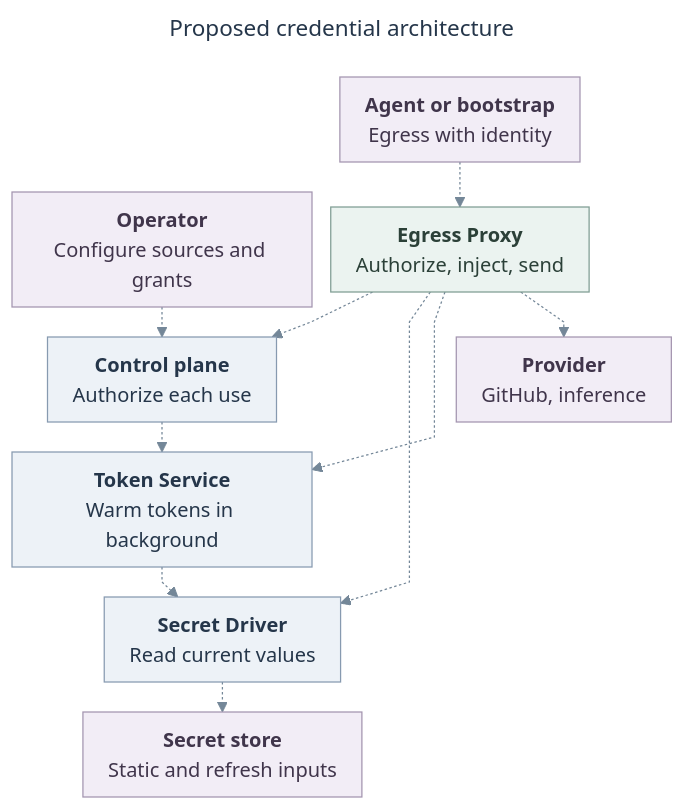
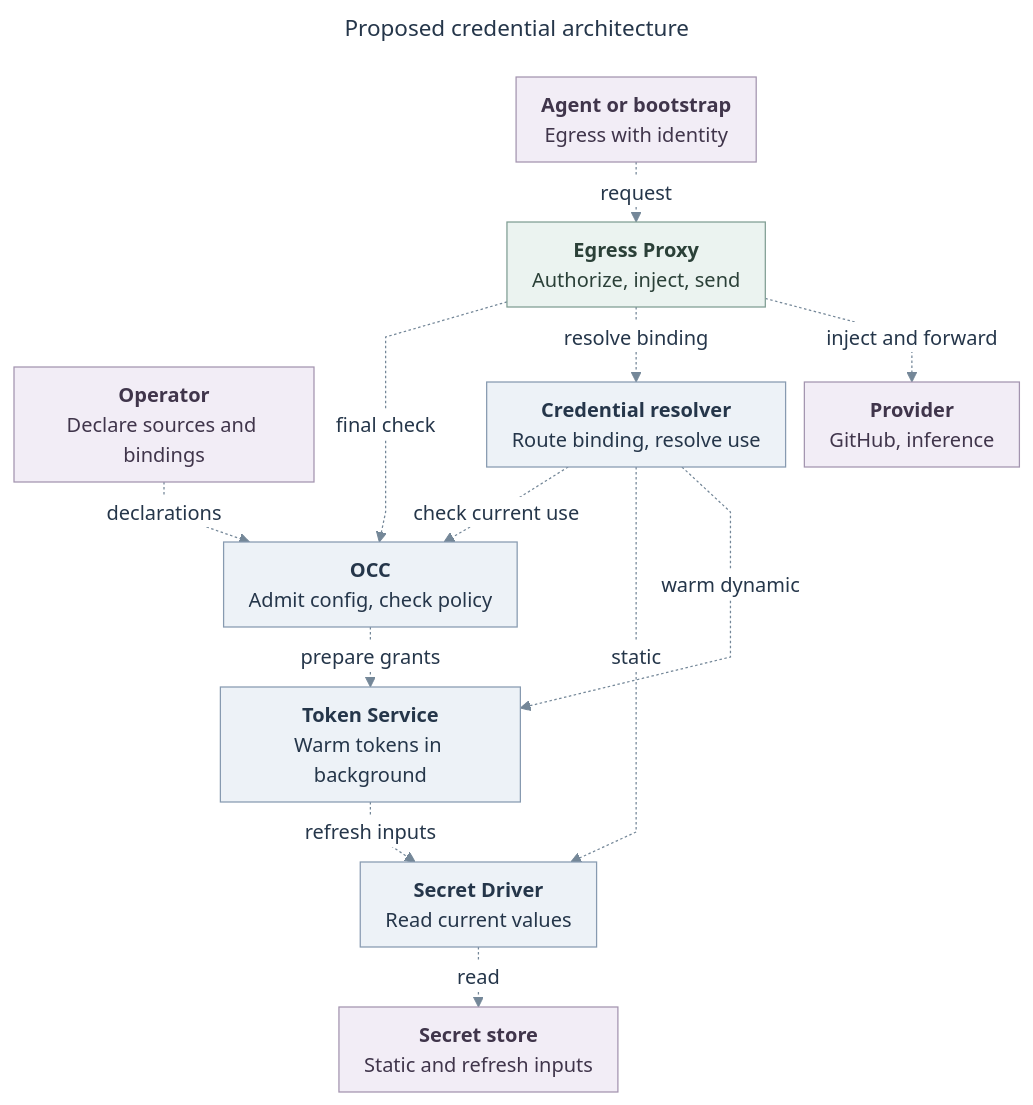
The diagram in specs/rfcs/0019-egress-proxy-credential-lifecycle/assets/overview.mmd (freeqaz-openai/openclaw-enterprise), drawn with Mermaid before and after one commit. The commit also changed 2 other files, not shown here.

Commit message:
docs(rfc): show resolver and declarative credential APIs

```diff
--- a/specs/rfcs/0019-egress-proxy-credential-lifecycle/assets/overview.mmd
+++ b/specs/rfcs/0019-egress-proxy-credential-lifecycle/assets/overview.mmd
@@ -1,45 +1,48 @@
 ---
 title: "Proposed credential architecture"
 config:
   theme: base
   htmlLabels: true
   themeVariables:
     fontFamily: "Arial, sans-serif"
     fontSize: "16px"
     primaryTextColor: "#25364A"
     lineColor: "#748798"
     edgeLabelBackground: "#FFFFFF"
   flowchart:
     useMaxWidth: false
     curve: linear
     nodeSpacing: 15
     rankSpacing: 24
     padding: 10
     diagramPadding: 12
 ---
 flowchart TB
-  Setup["<b>Operator</b><br/>Configure sources and grants"]
-  Control["<b>Control plane</b><br/>Authorize each use"]
+  Setup["<b>Operator</b><br/>Declare sources and bindings"]
+  Control["<b>OCC</b><br/>Admit config, check policy"]
   Store["<b>Secret store</b><br/>Static and refresh inputs"]
   Static["<b>Secret Driver</b><br/>Read current values"]
   Dynamic["<b>Token Service</b><br/>Warm tokens in background"]
   Agent["<b>Agent or bootstrap</b><br/>Egress with identity"]
   Gateway["<b>Egress Proxy</b><br/>Authorize, inject, send"]
+  Resolver["<b>Credential resolver</b><br/>Route binding, resolve use"]
   Provider["<b>Provider</b><br/>GitHub, inference"]
-  Setup -.-> Control
-  Control -.-> Dynamic
-  Agent -.-> Gateway
-  Gateway -.-> Control
-  Gateway -.-> Static
-  Gateway -.-> Dynamic
-  Static -.-> Store
-  Dynamic -.-> Static
-  Gateway -.-> Provider
+  Setup -. declarations .-> Control
+  Control -. prepare grants .-> Dynamic
+  Agent -. request .-> Gateway
+  Gateway -. final check .-> Control
+  Gateway -. resolve binding .-> Resolver
+  Resolver -. check current use .-> Control
+  Resolver -. static .-> Static
+  Resolver -. warm dynamic .-> Dynamic
+  Static -. read .-> Store
+  Dynamic -. refresh inputs .-> Static
+  Gateway -. inject and forward .-> Provider
   class Setup,Agent,Provider external
   class Store external
   class Gateway action
-  class Control,Static,Dynamic api
+  class Control,Resolver,Static,Dynamic api
   classDef api fill:#EDF2F7,stroke:#879AB0,color:#25364A,stroke-width:1px
   classDef action fill:#EBF3F0,stroke:#7F9D93,color:#2B4038,stroke-width:1px
   classDef external fill:#F2EDF6,stroke:#A394AF,color:#40354B,stroke-width:1px
   linkStyle default stroke:#748798,stroke-width:1px
```
